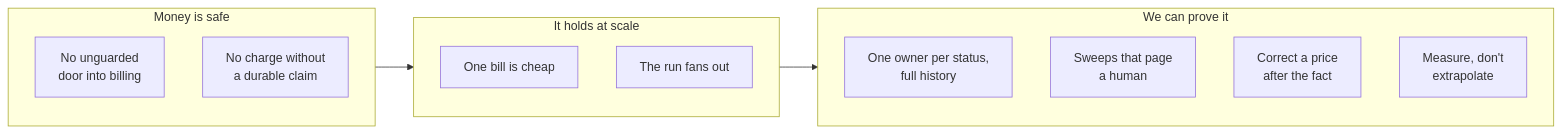
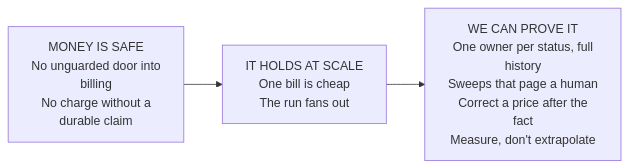
The diagram in diagrams/overview.mmd (saurabh6790/v2-billing-specs), drawn with Mermaid before and after one commit. The commit also changed 27 other files, not shown here.

Commit message:
diagrams: render the excalidraw svgs, and the tool that makes them

```diff
--- a/diagrams/overview.mmd
+++ b/diagrams/overview.mmd
@@ -1,16 +1,20 @@
 flowchart LR
-    subgraph SAFE["Money is safe"]
-        A["No unguarded<br/>door into billing"]
-        B["No charge without<br/>a durable claim"]
-    end
-    subgraph SCALE["It holds at scale"]
-        C["One bill is cheap"]
-        D["The run fans out"]
-    end
-    subgraph TRUST["We can prove it"]
-        E["One owner per status,<br/>full history"]
-        F["Sweeps that page<br/>a human"]
-        G["Correct a price<br/>after the fact"]
-        H["Measure, don't<br/>extrapolate"]
-    end
-    SAFE --> SCALE --> TRUST
+    S["`MONEY IS SAFE
+
+No unguarded door into
+billing
+No charge without a
+durable claim`"]
+    C["`IT HOLDS AT SCALE
+
+One bill is cheap
+The run fans out`"]
+    T["`WE CAN PROVE IT
+
+One owner per status, full
+history
+Sweeps that page a human
+Correct a price after the
+fact
+Measure, don't extrapolate`"]
+    S --> C --> T
```
